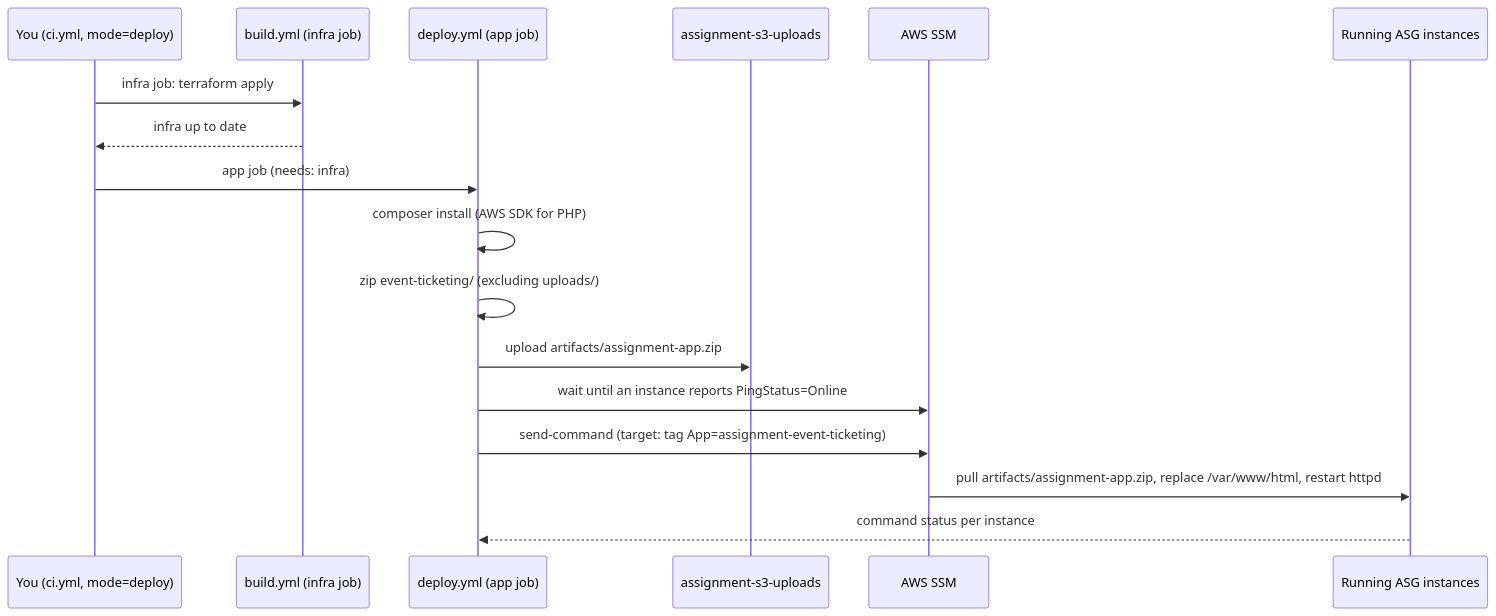
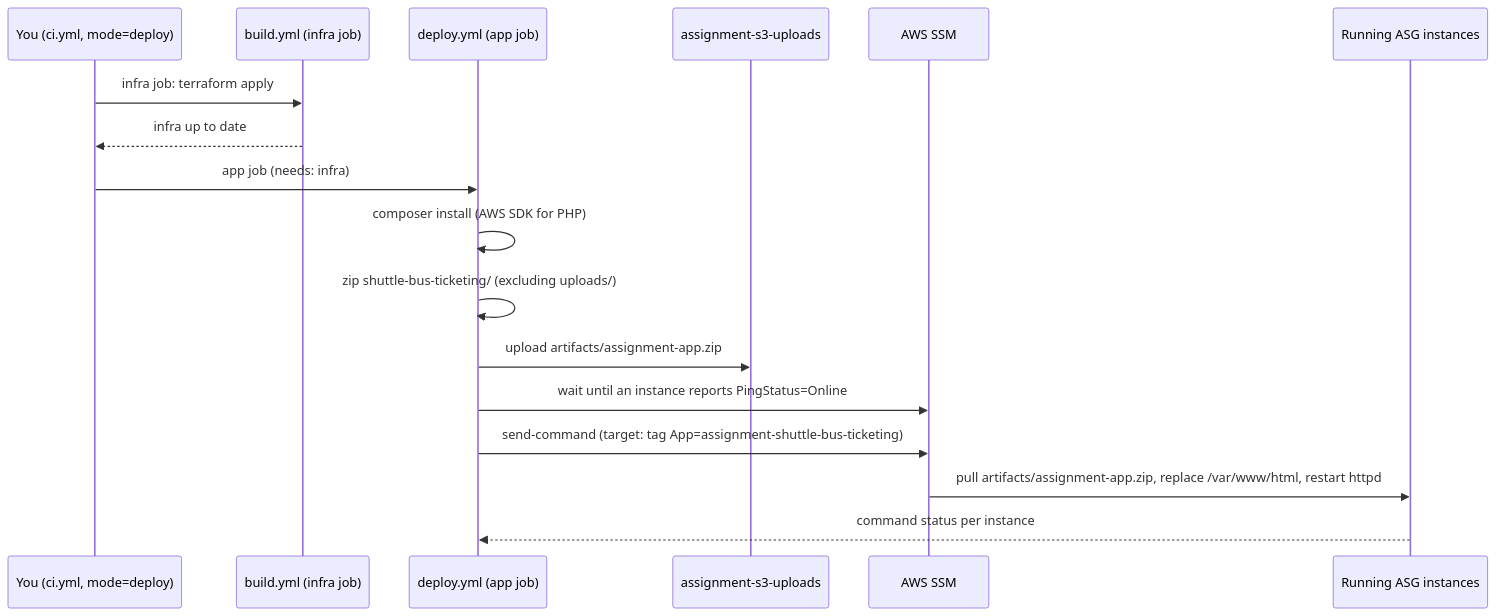
One commit to chanex-wm25-blip/aws-php-asg changed the third of 3 diagrams in infra/README.md. Above: the diagram before and after it, drawn with Mermaid. The commit also changed other lines of this file and 2 other files, not shown here.

````diff
--- a/infra/README.md
+++ b/infra/README.md
@@ -346,20 +346,20 @@
 ```mermaid
 sequenceDiagram
     participant Dev as You (ci.yml, mode=deploy)
     participant Build as build.yml (infra job)
     participant GHA as deploy.yml (app job)
     participant S3 as assignment-s3-uploads
     participant SSM as AWS SSM
     participant EC2 as Running ASG instances
 
     Dev->>Build: infra job: terraform apply
     Build-->>Dev: infra up to date
     Dev->>GHA: app job (needs: infra)
     GHA->>GHA: composer install (AWS SDK for PHP)
-    GHA->>GHA: zip event-ticketing/ (excluding uploads/)
+    GHA->>GHA: zip shuttle-bus-ticketing/ (excluding uploads/)
     GHA->>S3: upload artifacts/assignment-app.zip
     GHA->>SSM: wait until an instance reports PingStatus=Online
-    GHA->>SSM: send-command (target: tag App=assignment-event-ticketing)
+    GHA->>SSM: send-command (target: tag App=assignment-shuttle-bus-ticketing)
     SSM->>EC2: pull artifacts/assignment-app.zip, replace /var/www/html, restart httpd
     EC2-->>GHA: command status per instance
 ```
````
